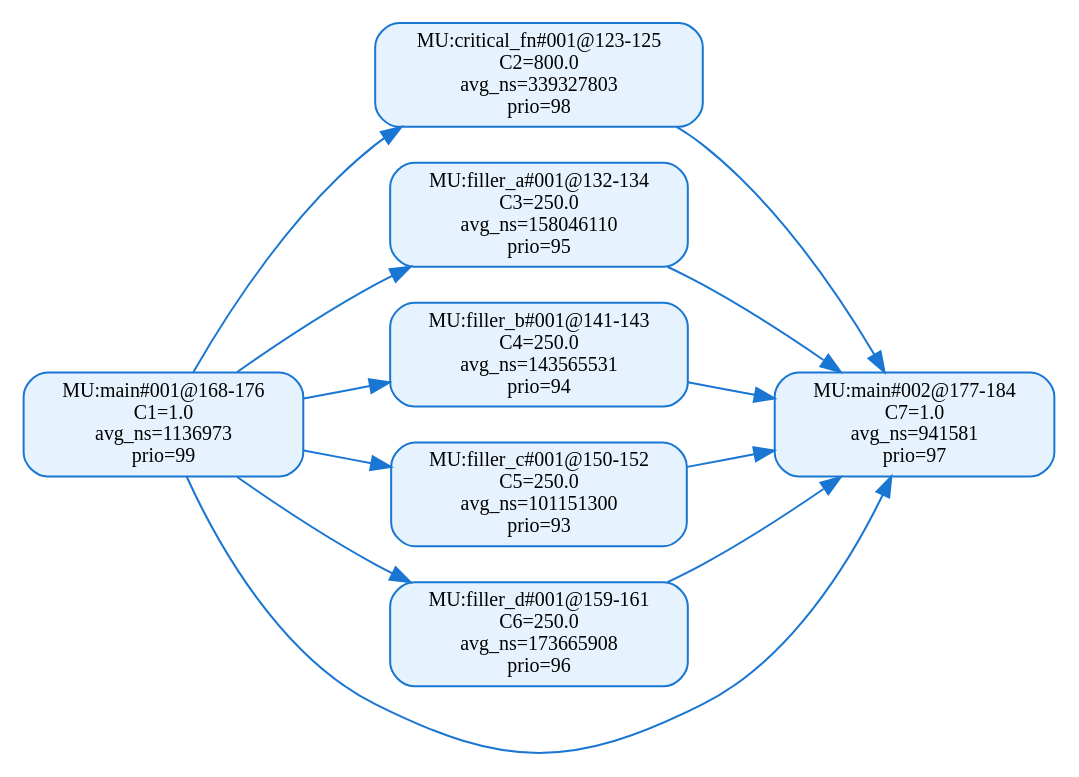
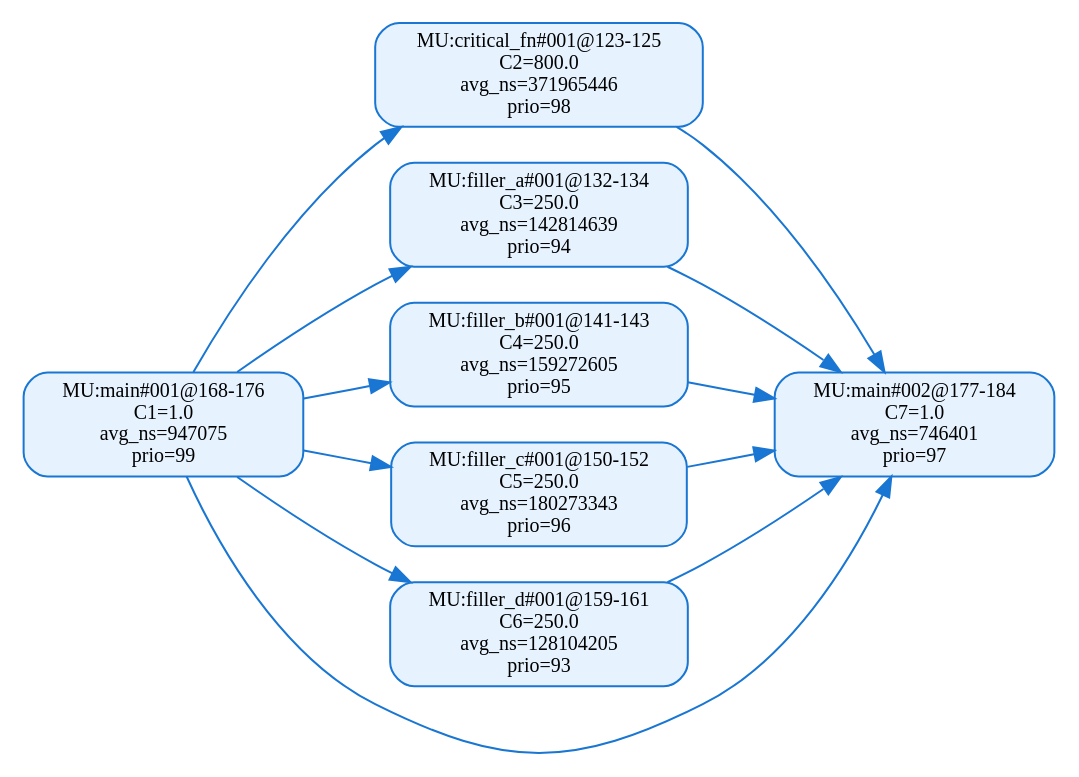
One commit to RTS-SYSU/DAG-Gen changed the diagram in 中间结果/zhang7/pipeline/validation/level2/effective_line_merge/cpf/dag_seg_annotated_value.dot. Above: the diagram before and after it, drawn with Graphviz. The commit also changed 6291 other files, not shown here.

```diff
--- a/中间结果/zhang7/pipeline/validation/level2/effective_line_merge/cpf/dag_seg_annotated_value.dot
+++ b/中间结果/zhang7/pipeline/validation/level2/effective_line_merge/cpf/dag_seg_annotated_value.dot
@@ -1,23 +1,23 @@
 digraph dag_seg_annotated_value {
   rankdir=LR;
   node [shape=box, style="rounded,filled", fillcolor="#E6F3FF", color="#1976D2", fontsize=10];
   edge [color="#1976D2"];
-  "MU:critical_fn#001@123-125" [label="MU:critical_fn#001@123-125\nC2=800.0\navg_ns=339327803\nprio=98"];
-  "MU:filler_a#001@132-134" [label="MU:filler_a#001@132-134\nC3=250.0\navg_ns=158046110\nprio=95"];
-  "MU:filler_b#001@141-143" [label="MU:filler_b#001@141-143\nC4=250.0\navg_ns=143565531\nprio=94"];
-  "MU:filler_c#001@150-152" [label="MU:filler_c#001@150-152\nC5=250.0\navg_ns=101151300\nprio=93"];
-  "MU:filler_d#001@159-161" [label="MU:filler_d#001@159-161\nC6=250.0\navg_ns=173665908\nprio=96"];
-  "MU:main#001@168-176" [label="MU:main#001@168-176\nC1=1.0\navg_ns=1136973\nprio=99"];
-  "MU:main#002@177-184" [label="MU:main#002@177-184\nC7=1.0\navg_ns=941581\nprio=97"];
+  "MU:critical_fn#001@123-125" [label="MU:critical_fn#001@123-125\nC2=800.0\navg_ns=371965446\nprio=98"];
+  "MU:filler_a#001@132-134" [label="MU:filler_a#001@132-134\nC3=250.0\navg_ns=142814639\nprio=94"];
+  "MU:filler_b#001@141-143" [label="MU:filler_b#001@141-143\nC4=250.0\navg_ns=159272605\nprio=95"];
+  "MU:filler_c#001@150-152" [label="MU:filler_c#001@150-152\nC5=250.0\navg_ns=180273343\nprio=96"];
+  "MU:filler_d#001@159-161" [label="MU:filler_d#001@159-161\nC6=250.0\navg_ns=128104205\nprio=93"];
+  "MU:main#001@168-176" [label="MU:main#001@168-176\nC1=1.0\navg_ns=947075\nprio=99"];
+  "MU:main#002@177-184" [label="MU:main#002@177-184\nC7=1.0\navg_ns=746401\nprio=97"];
   "MU:main#001@168-176" -> "MU:main#002@177-184";
   "MU:main#001@168-176" -> "MU:filler_a#001@132-134";
   "MU:main#001@168-176" -> "MU:filler_b#001@141-143";
   "MU:main#001@168-176" -> "MU:filler_c#001@150-152";
   "MU:main#001@168-176" -> "MU:filler_d#001@159-161";
   "MU:main#001@168-176" -> "MU:critical_fn#001@123-125";
   "MU:critical_fn#001@123-125" -> "MU:main#002@177-184";
   "MU:filler_a#001@132-134" -> "MU:main#002@177-184";
   "MU:filler_b#001@141-143" -> "MU:main#002@177-184";
   "MU:filler_c#001@150-152" -> "MU:main#002@177-184";
   "MU:filler_d#001@159-161" -> "MU:main#002@177-184";
 }
```
